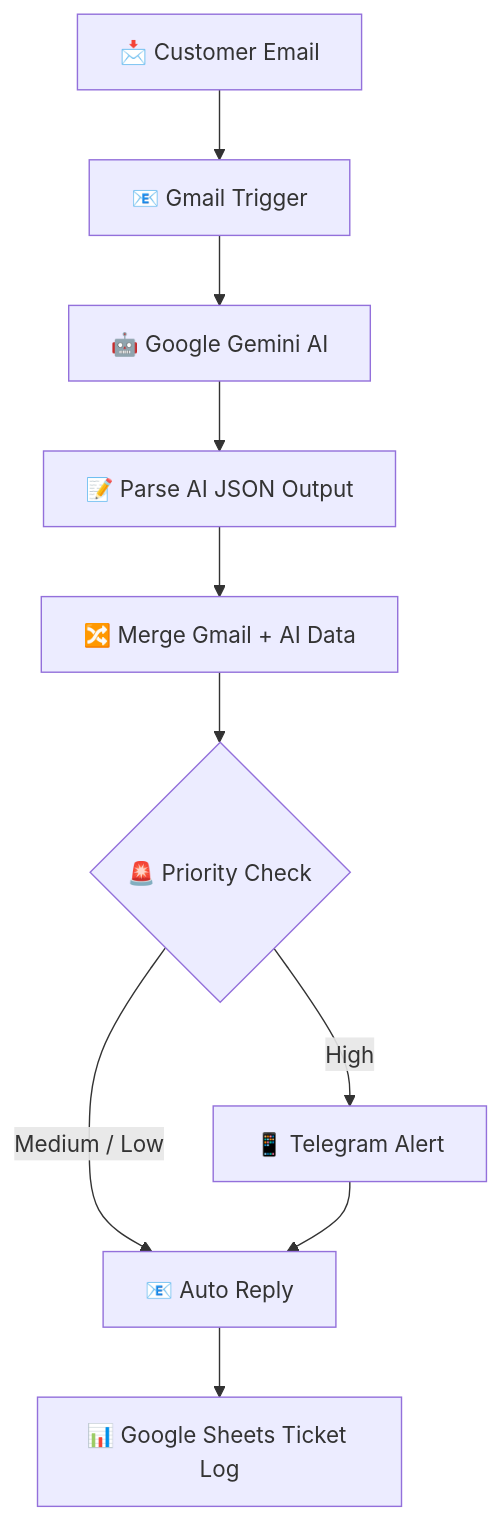
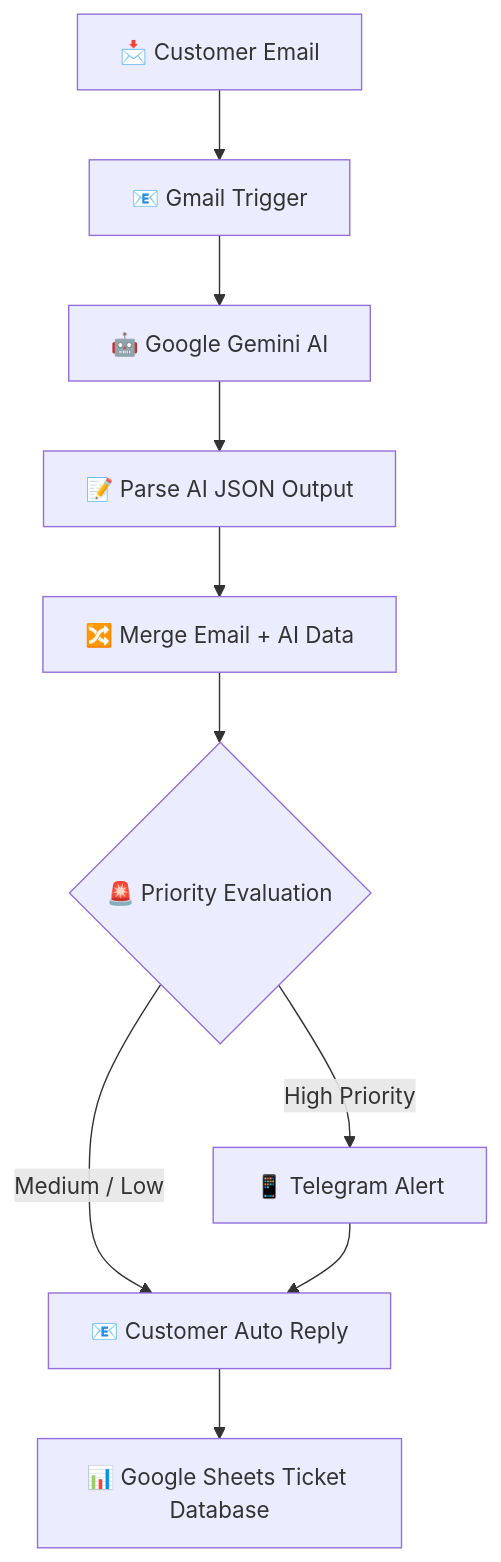
One commit to belioautomation/AI-Customer-Support-Email-Triage-System changed the diagram in README.md. Above: the diagram before and after it, drawn with Mermaid. The commit also changed other lines of this file, not shown here.

`````diff
--- a/README.md
+++ b/README.md
@@ -89,33 +105,33 @@
 ```mermaid
 flowchart TD
 
 
 A["📩 Customer Email"]
 
 --> B["📧 Gmail Trigger"]
 
 
 B --> C["🤖 Google Gemini AI"]
 
 
 C --> D["📝 Parse AI JSON Output"]
 
 
-D --> E["🔀 Merge Gmail + AI Data"]
+D --> E["🔀 Merge Email + AI Data"]
 
 
-E --> F{"🚨 Priority Check"}
+E --> F{"🚨 Priority Evaluation"}
 
 
-F -->|High| G["📱 Telegram Alert"]
+F -->|High Priority| G["📱 Telegram Alert"]
 
 
-F -->|Medium / Low| H["📧 Auto Reply"]
+F -->|Medium / Low| H["📧 Customer Auto Reply"]
 
 
 G --> H
 
 
-H --> I["📊 Google Sheets Ticket Log"]
+H --> I["📊 Google Sheets Ticket Database"]
 
 ````
`````
